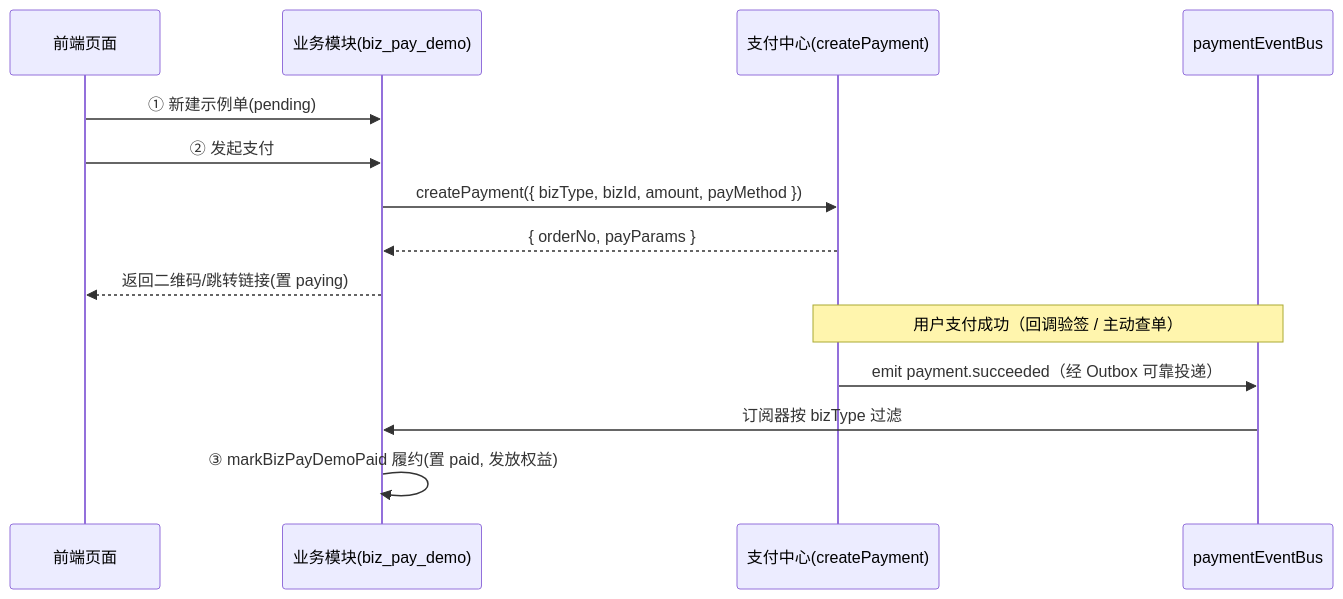
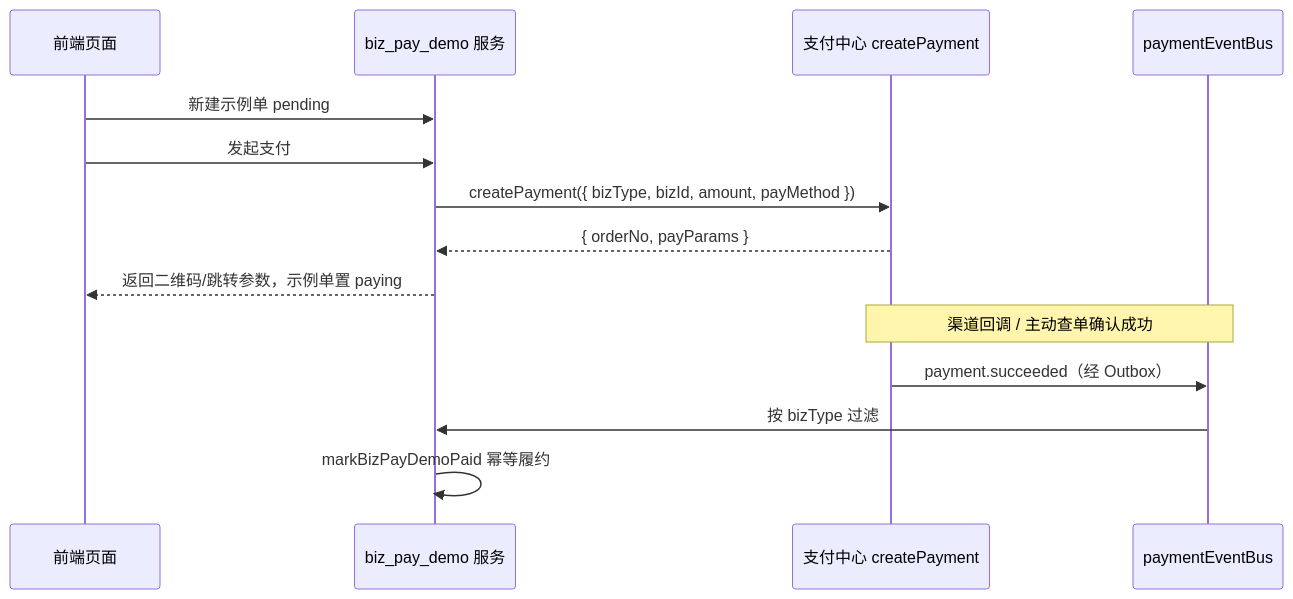
Before and after one commit to WuZhangTing/zenith-admin: the diagram in docs/payment/integration-example.md, drawn with Mermaid. The commit also changed other lines of this file and 130 other files, not shown here.

````diff
--- a/docs/payment/integration-example.md
+++ b/docs/payment/integration-example.md
@@ -11,16 +9,16 @@
 ```mermaid
 sequenceDiagram
     participant FE as 前端页面
-    participant BIZ as 业务模块(biz_pay_demo)
-    participant PAY as 支付中心(createPayment)
+    participant BIZ as biz_pay_demo 服务
+    participant PAY as 支付中心 createPayment
     participant BUS as paymentEventBus
-    FE->>BIZ: ① 新建示例单(pending)
-    FE->>BIZ: ② 发起支付
+    FE->>BIZ: 新建示例单 pending
+    FE->>BIZ: 发起支付
     BIZ->>PAY: createPayment({ bizType, bizId, amount, payMethod })
     PAY-->>BIZ: { orderNo, payParams }
-    BIZ-->>FE: 返回二维码/跳转链接(置 paying)
-    Note over PAY,BUS: 用户支付成功（回调验签 / 主动查单）
-    PAY->>BUS: emit payment.succeeded（经 Outbox 可靠投递）
-    BUS->>BIZ: 订阅器按 bizType 过滤
-    BIZ->>BIZ: ③ markBizPayDemoPaid 履约(置 paid, 发放权益)
+    BIZ-->>FE: 返回二维码/跳转参数，示例单置 paying
+    Note over PAY,BUS: 渠道回调 / 主动查单确认成功
+    PAY->>BUS: payment.succeeded（经 Outbox）
+    BUS->>BIZ: 按 bizType 过滤
+    BIZ->>BIZ: markBizPayDemoPaid 幂等履约
 ```
````
